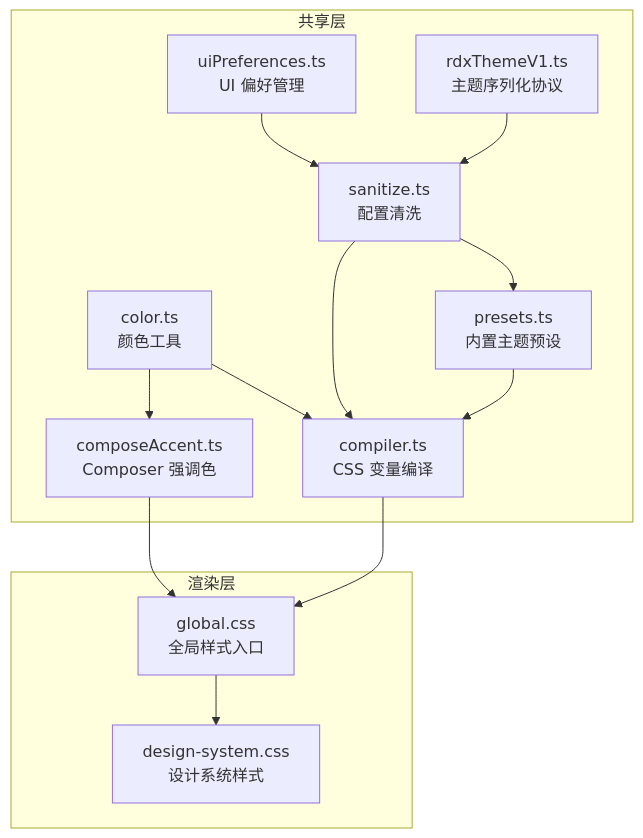
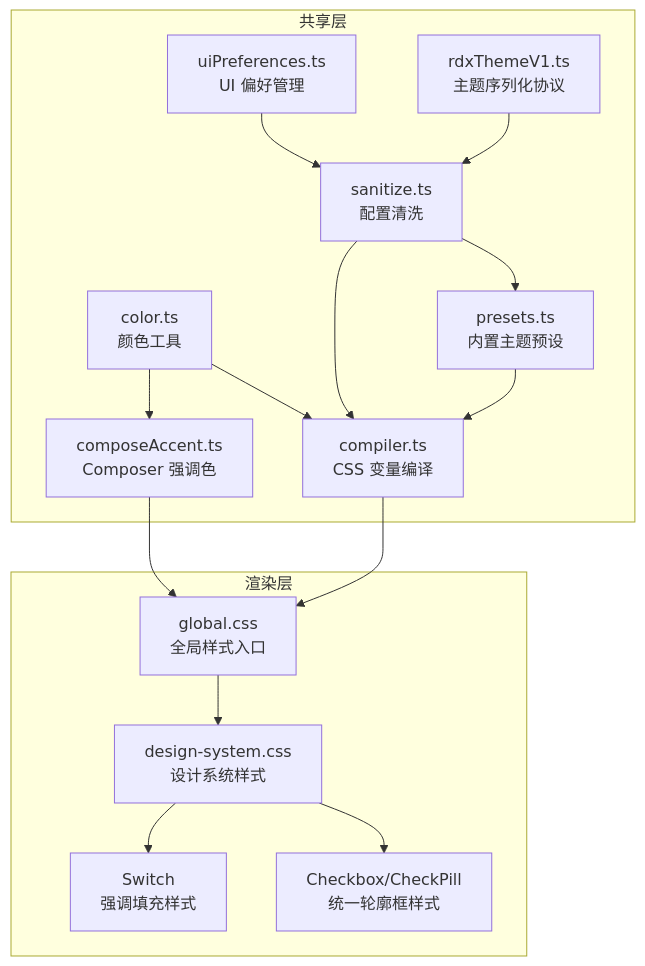
Before and after one commit to haolange/RDC-Agent: the first of 6 diagrams in .qoder/repowiki/zh/content/架构设计/渲染器架构/UI 特性/主题系统.md, drawn with Mermaid. The commit also changed other lines of this file and 22 other files, not shown here.

````diff
--- a/.qoder/repowiki/zh/content/架构设计/渲染器架构/UI 特性/主题系统.md
+++ b/.qoder/repowiki/zh/content/架构设计/渲染器架构/UI 特性/主题系统.md
@@ -53,26 +70,30 @@
 ```mermaid
 graph TB
 subgraph "共享层"
 A["color.ts<br/>颜色工具"]
 B["presets.ts<br/>内置主题预设"]
 C["sanitize.ts<br/>配置清洗"]
 D["compiler.ts<br/>CSS 变量编译"]
 E["composeAccent.ts<br/>Composer 强调色"]
 F["uiPreferences.ts<br/>UI 偏好管理"]
 G["rdxThemeV1.ts<br/>主题序列化协议"]
 end
 subgraph "渲染层"
 H["global.css<br/>全局样式入口"]
 I["design-system.css<br/>设计系统样式"]
+J["Checkbox/CheckPill<br/>统一轮廓框样式"]
+K["Switch<br/>强调填充样式"]
 end
 F --> C
 C --> B
 C --> D
 D --> H
 E --> H
 G --> C
 A --> D
 A --> E
 B --> D
 H --> I
+I --> J
+I --> K
 ```
````
